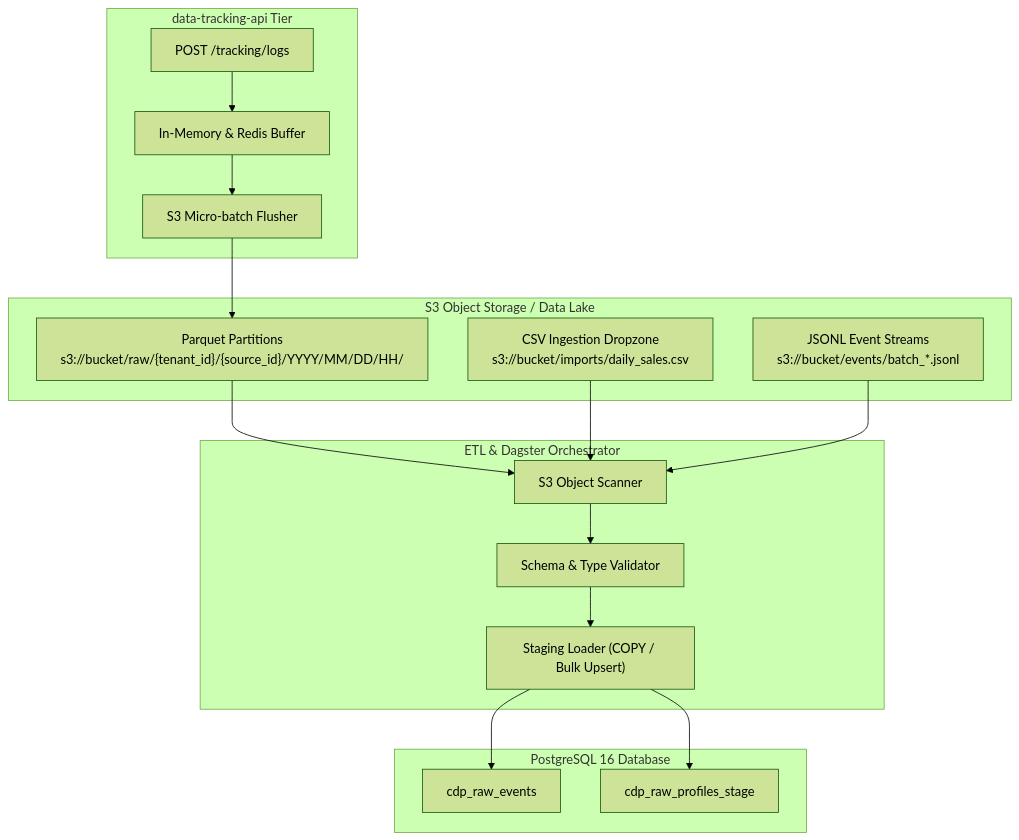
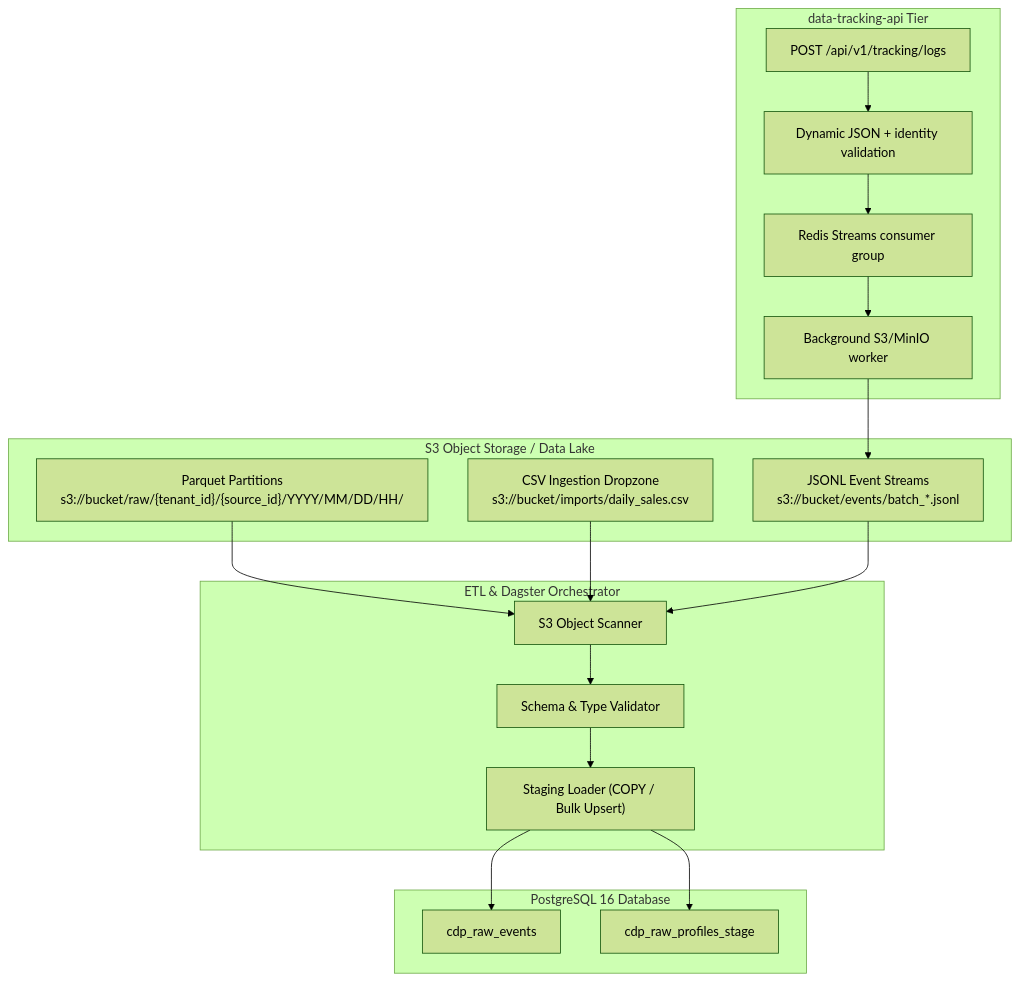
One commit to LEO-CDP/leo-customer360 changed the diagram in docs/data-sources/4-s3-files-synch.md. Above: the diagram before and after it, drawn with Mermaid (forest theme). The commit also changed other lines of this file and 29 other files, not shown here.

Commit message:
refactoring code, use Redis Stream for API log tracking

````diff
--- a/docs/data-sources/4-s3-files-synch.md
+++ b/docs/data-sources/4-s3-files-synch.md
@@ -7,33 +7,34 @@
 ```mermaid
 flowchart TD
     subgraph DataLake["S3 Object Storage / Data Lake"]
         PARQUET["Parquet Partitions\ns3://bucket/raw/{tenant_id}/{source_id}/YYYY/MM/DD/HH/"]
         CSV["CSV Ingestion Dropzone\ns3://bucket/imports/daily_sales.csv"]
         JSONL["JSONL Event Streams\ns3://bucket/events/batch_*.jsonl"]
     end
 
     subgraph TrackingAPI["data-tracking-api Tier"]
-        INGEST["POST /tracking/logs"]
-        BUFFER["In-Memory & Redis Buffer"]
-        FLUSHER["S3 Micro-batch Flusher"]
+        INGEST["POST /api/v1/tracking/logs"]
+        SCHEMA["Dynamic JSON + identity validation"]
+        STREAM["Redis Streams consumer group"]
+        WORKER["Background S3/MinIO worker"]
     end
 
     subgraph BatchETL["ETL & Dagster Orchestrator"]
         DISCOVER["S3 Object Scanner"]
         VALIDATE["Schema & Type Validator"]
         LOADER["Staging Loader (COPY / Bulk Upsert)"]
     end
 
     subgraph CDPDatabase["PostgreSQL 16 Database"]
         RAW_EVT["cdp_raw_events"]
         RAW_PRF["cdp_raw_profiles_stage"]
     end
 
-    INGEST --> BUFFER --> FLUSHER --> PARQUET
+    INGEST --> SCHEMA --> STREAM --> WORKER --> JSONL
     PARQUET --> DISCOVER
     CSV --> DISCOVER
     JSONL --> DISCOVER
     DISCOVER --> VALIDATE --> LOADER
     LOADER --> RAW_EVT
     LOADER --> RAW_PRF
 ```
````
